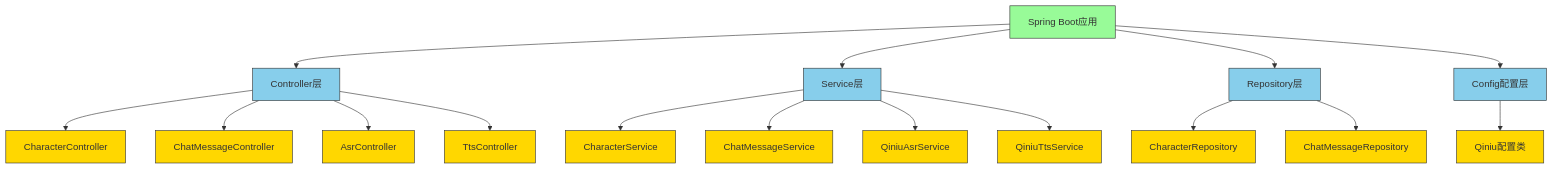
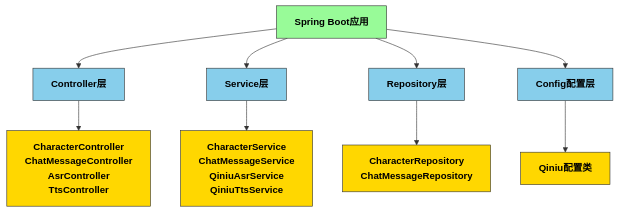
One commit to xin-24/AI-Role-playing changed the third of 3 diagrams in README.md. Above: the diagram before and after it, drawn with Mermaid. The commit also changed other lines of this file and 5 other files, not shown here.

````diff
--- a/README.md
+++ b/README.md
@@ -72,35 +72,21 @@
 ```mermaid
 graph TD
     A[Spring Boot应用] --> B[Controller层]
     A --> C[Service层]
     A --> D[Repository层]
     A --> E[Config配置层]
-    B --> F[CharacterController]
-    B --> G[ChatMessageController]
-    B --> H[AsrController]
-    B --> I[TtsController]
-    C --> J[CharacterService]
-    C --> K[ChatMessageService]
-    C --> L[QiniuAsrService]
-    C --> M[QiniuTtsService]
-    D --> N[CharacterRepository]
-    D --> O[ChatMessageRepository]
-    E --> P[Qiniu配置类]
+    B --> F[CharacterController<br/>ChatMessageController<br/>AsrController<br/>TtsController]
+    C --> G[CharacterService<br/>ChatMessageService<br/>QiniuAsrService<br/>QiniuTtsService]
+    D --> H[CharacterRepository<br/>ChatMessageRepository]
+    E --> I[Qiniu配置类]
     
-    style A fill:#98FB98,stroke:#333
-    style B fill:#87CEEB,stroke:#333
-    style C fill:#87CEEB,stroke:#333
-    style D fill:#87CEEB,stroke:#333
-    style E fill:#87CEEB,stroke:#333
-    style F fill:#FFD700,stroke:#333
-    style G fill:#FFD700,stroke:#333
-    style H fill:#FFD700,stroke:#333
-    style I fill:#FFD700,stroke:#333
-    style J fill:#FFD700,stroke:#333
-    style K fill:#FFD700,stroke:#333
-    style L fill:#FFD700,stroke:#333
-    style M fill:#FFD700,stroke:#333
-    style N fill:#FFD700,stroke:#333
-    style O fill:#FFD700,stroke:#333
-    style P fill:#FFD700,stroke:#333
+    style A fill:#98FB98,stroke:#333,fill-opacity:1,color:#000,font-weight:bold
+    style B fill:#87CEEB,stroke:#333,fill-opacity:1,color:#000,font-weight:bold
+    style C fill:#87CEEB,stroke:#333,fill-opacity:1,color:#000,font-weight:bold
+    style D fill:#87CEEB,stroke:#333,fill-opacity:1,color:#000,font-weight:bold
+    style E fill:#87CEEB,stroke:#333,fill-opacity:1,color:#000,font-weight:bold
+    style F fill:#FFD700,stroke:#333,fill-opacity:1,color:#000,font-weight:bold
+    style G fill:#FFD700,stroke:#333,fill-opacity:1,color:#000,font-weight:bold
+    style H fill:#FFD700,stroke:#333,fill-opacity:1,color:#000,font-weight:bold
+    style I fill:#FFD700,stroke:#333,fill-opacity:1,color:#000,font-weight:bold
 ```
````
